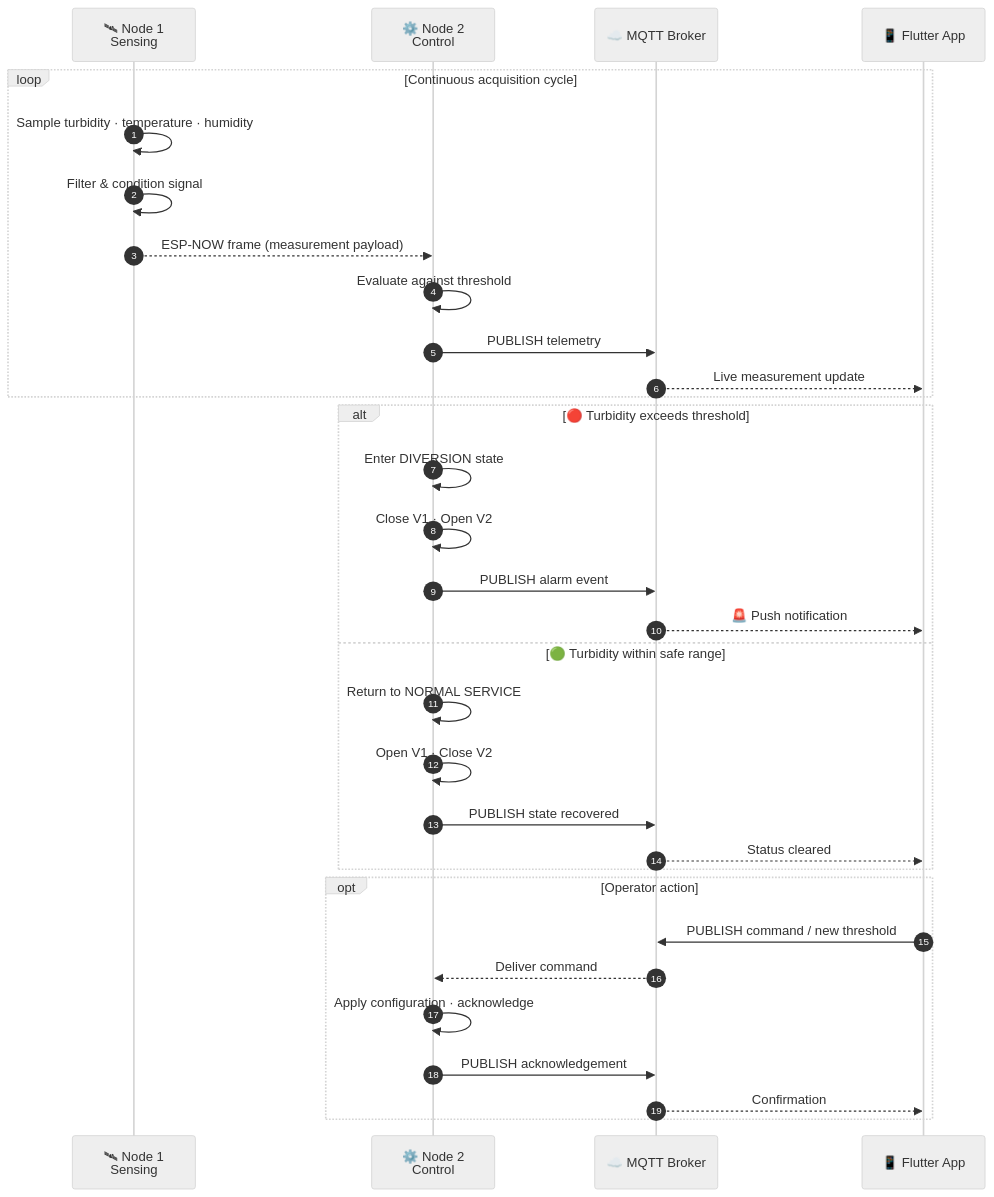
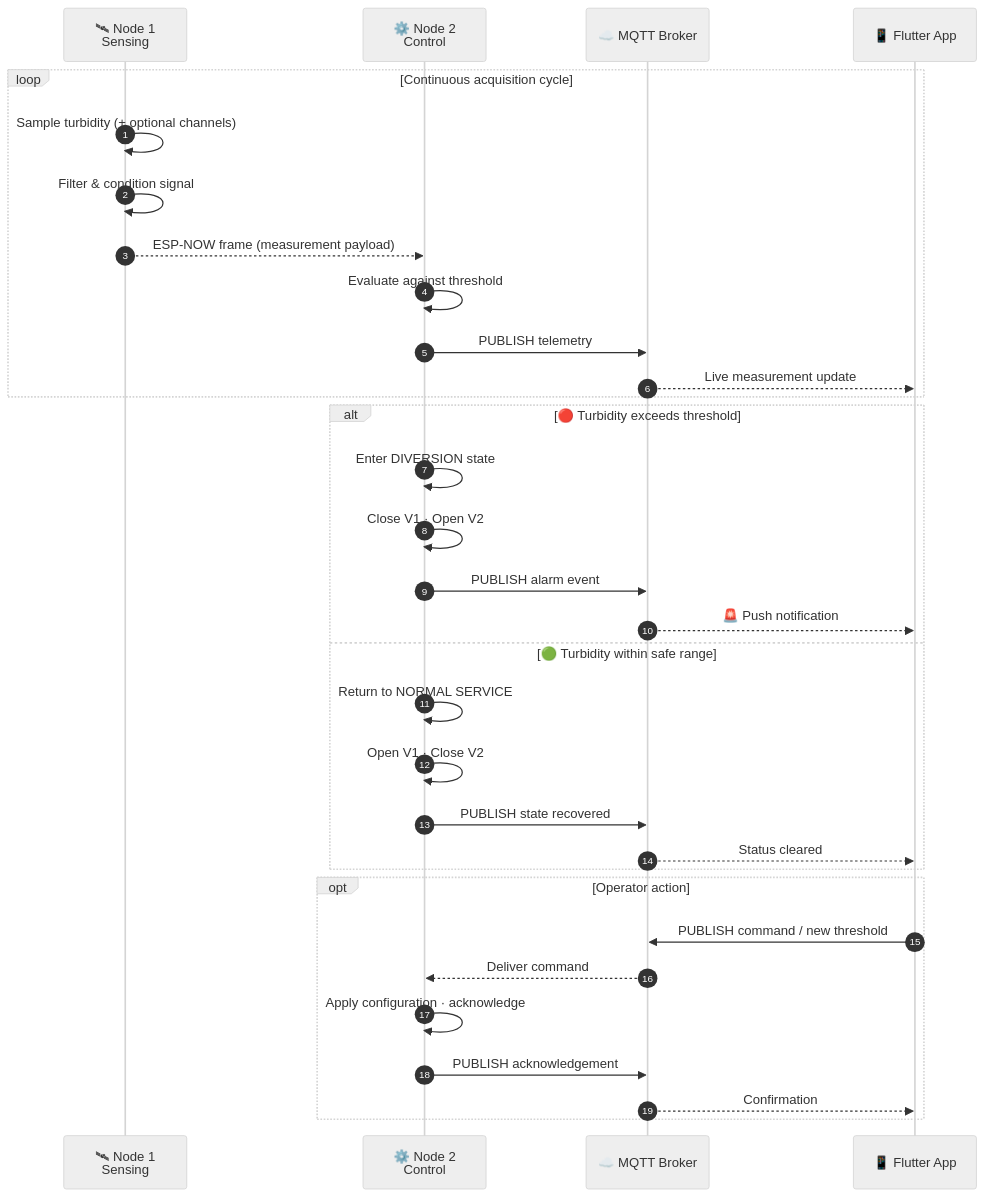
One commit to SS-VI/CONCAP changed the third of 3 diagrams in README.md. Above: the diagram before and after it, drawn with Mermaid (neutral theme). The commit also changed other lines of this file, not shown here.

Commit message:
docs: replace fixed temp/humidity sensing with expandable sensor architecture

````diff
--- a/README.md
+++ b/README.md
@@ -266,37 +285,37 @@
 ```mermaid
 sequenceDiagram
     autonumber
     participant N1 as 🛰 Node 1<br/>Sensing
     participant N2 as ⚙️ Node 2<br/>Control
     participant BR as ☁️ MQTT Broker
     participant AP as 📱 Flutter App
 
     loop Continuous acquisition cycle
-        N1->>N1: Sample turbidity · temperature · humidity
+        N1->>N1: Sample turbidity (+ optional channels)
         N1->>N1: Filter & condition signal
         N1-->>N2: ESP-NOW frame (measurement payload)
         N2->>N2: Evaluate against threshold
         N2->>BR: PUBLISH telemetry
         BR-->>AP: Live measurement update
     end
 
     alt 🔴 Turbidity exceeds threshold
         N2->>N2: Enter DIVERSION state
         N2->>N2: Close V1 · Open V2
         N2->>BR: PUBLISH alarm event
         BR-->>AP: 🚨 Push notification
     else 🟢 Turbidity within safe range
         N2->>N2: Return to NORMAL SERVICE
         N2->>N2: Open V1 · Close V2
         N2->>BR: PUBLISH state recovered
         BR-->>AP: Status cleared
     end
 
     opt Operator action
         AP->>BR: PUBLISH command / new threshold
         BR-->>N2: Deliver command
         N2->>N2: Apply configuration · acknowledge
         N2->>BR: PUBLISH acknowledgement
         BR-->>AP: Confirmation
     end
 ```
````
